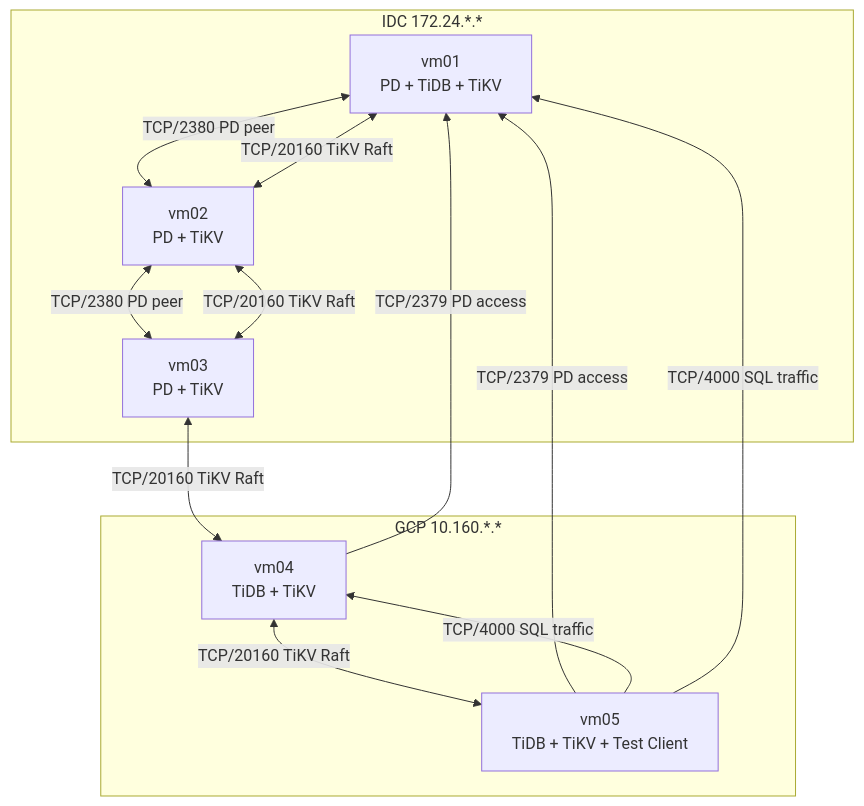
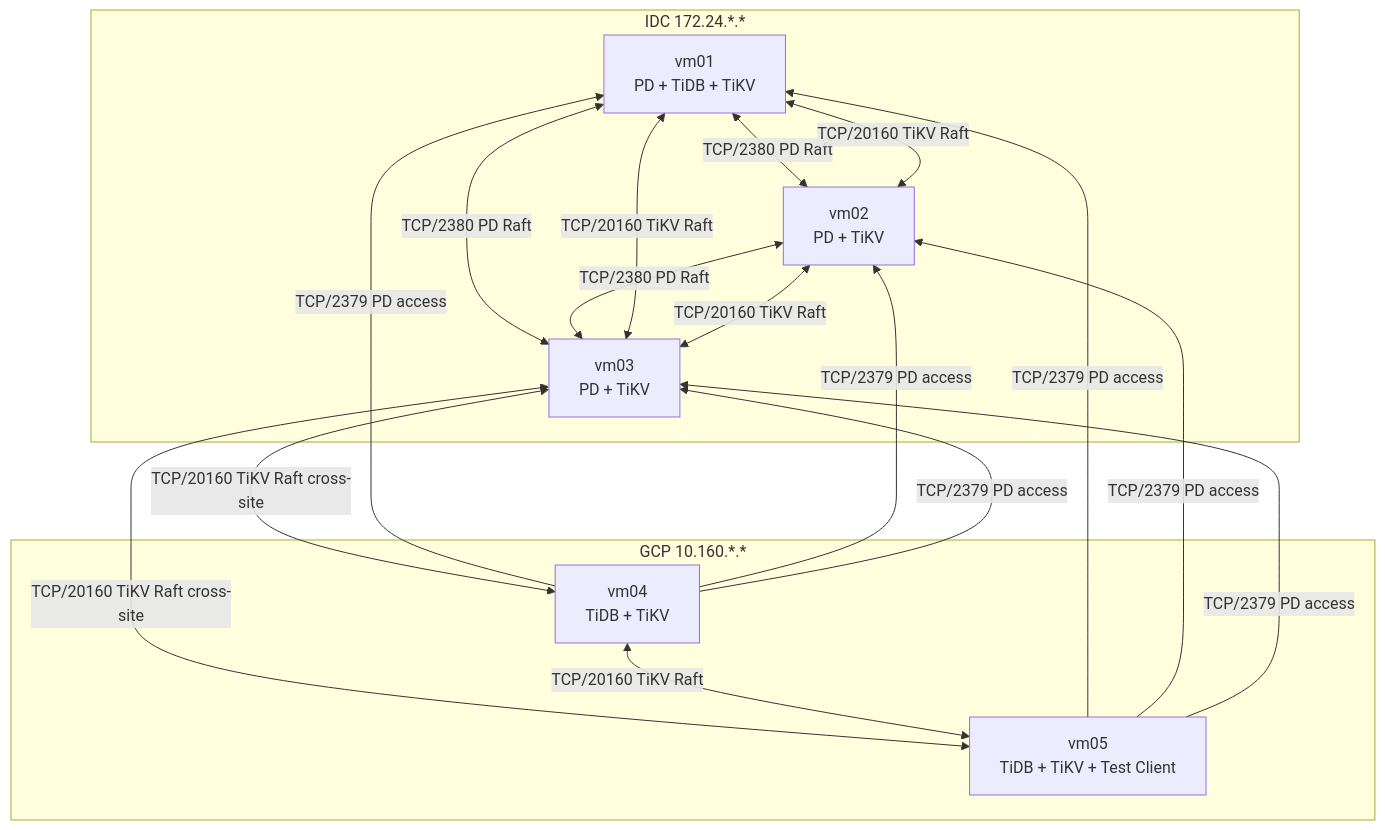
One commit to heavenruler/dba_career changed the second of 2 diagrams in poc/0_projectFor104/docs/architecture/tidb.md. Above: the diagram before and after it, drawn with Mermaid. The commit also changed other lines of this file and 1 other file, not shown here.

Commit message:
refactor architecture

````diff
--- a/poc/0_projectFor104/docs/architecture/tidb.md
+++ b/poc/0_projectFor104/docs/architecture/tidb.md
@@ -55,27 +68,31 @@
 ```mermaid
 flowchart TB
     subgraph IDC[IDC 172.24.*.*]
         VM1[vm01\nPD + TiDB + TiKV]
         VM2[vm02\nPD + TiKV]
         VM3[vm03\nPD + TiKV]
     end
 
     subgraph GCP[GCP 10.160.*.*]
         VM4[vm04\nTiDB + TiKV]
         VM5[vm05\nTiDB + TiKV + Test Client]
     end
 
-    VM1 <-->|TCP/2380 PD peer| VM2
-    VM2 <-->|TCP/2380 PD peer| VM3
+    VM1 <-->|TCP/2380 PD Raft| VM2
+    VM1 <-->|TCP/2380 PD Raft| VM3
+    VM2 <-->|TCP/2380 PD Raft| VM3
 
     VM1 <-->|TCP/20160 TiKV Raft| VM2
+    VM1 <-->|TCP/20160 TiKV Raft| VM3
     VM2 <-->|TCP/20160 TiKV Raft| VM3
-    VM3 <-->|TCP/20160 TiKV Raft| VM4
+    VM3 <-->|TCP/20160 TiKV Raft cross-site| VM4
+    VM3 <-->|TCP/20160 TiKV Raft cross-site| VM5
     VM4 <-->|TCP/20160 TiKV Raft| VM5
 
     VM4 -->|TCP/2379 PD access| VM1
+    VM4 -->|TCP/2379 PD access| VM2
+    VM4 -->|TCP/2379 PD access| VM3
     VM5 -->|TCP/2379 PD access| VM1
-
-    VM5 -->|TCP/4000 SQL traffic| VM4
-    VM5 -->|TCP/4000 SQL traffic| VM1
+    VM5 -->|TCP/2379 PD access| VM2
+    VM5 -->|TCP/2379 PD access| VM3
 ```
````
